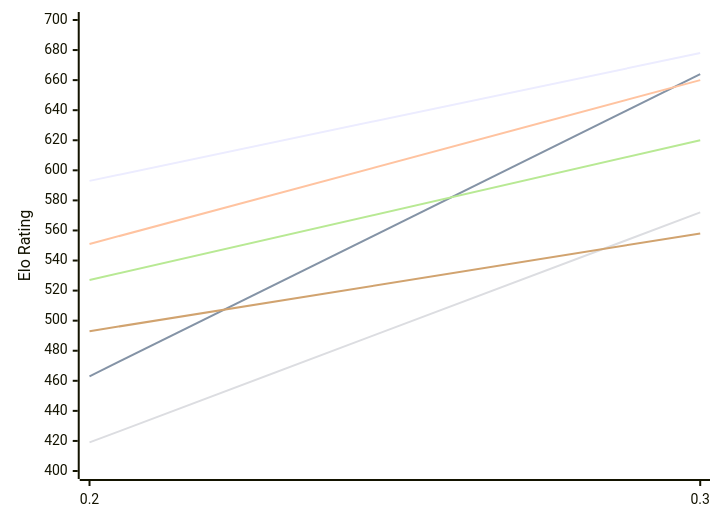
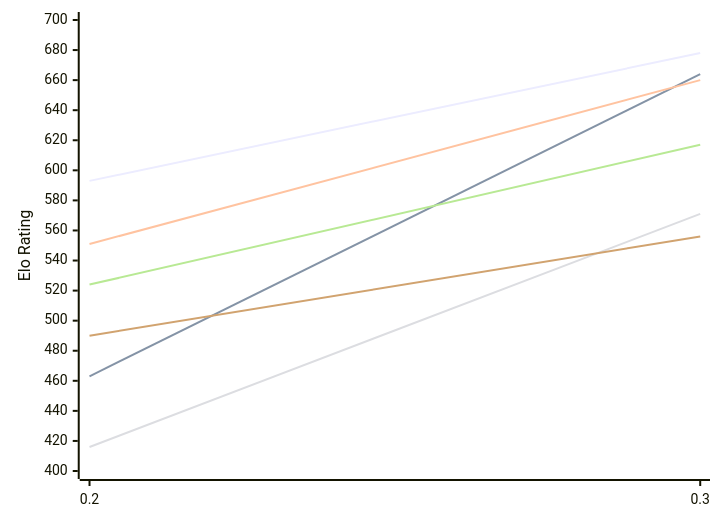
Before and after one commit to computer-chess-index/cci: the first of 2 diagrams in engines/Magpie.md, drawn with Mermaid. The commit also changed other lines of this file, not shown here.

Commit message:
Update CCI Ratings (ELO VLTC) - 2026-11-22

````diff
--- a/engines/Magpie.md
+++ b/engines/Magpie.md
@@ -50,12 +50,12 @@
 ```mermaid
 %%{init: {"theme":"base","themeVariables":{"seriesColors:['#a3a3a3','#222221','#faa371']}}}%%
 xychart-beta
   x-axis ["0.2", "0.3"]
   y-axis "Elo Rating" 400 --> 700
   line "E1: STC (8.0+0.08s)" [593, 678]
   line "E1: LTC (60.0+0.60s)" [463, 664]
   line "E1: VLTC (2m24s+1.12s)" [551, 660]
-  line "P1: STC (8.0+0.08s)" [419, 572]
-  line "P1: LTC (60.0+0.60s)" [527, 620]
-  line "P1: VLTC (2m24s+1.12s)" [493, 558]
+  line "P1: STC (8.0+0.08s)" [416, 571]
+  line "P1: LTC (60.0+0.60s)" [524, 617]
+  line "P1: VLTC (2m24s+1.12s)" [490, 556]
 ```
````
